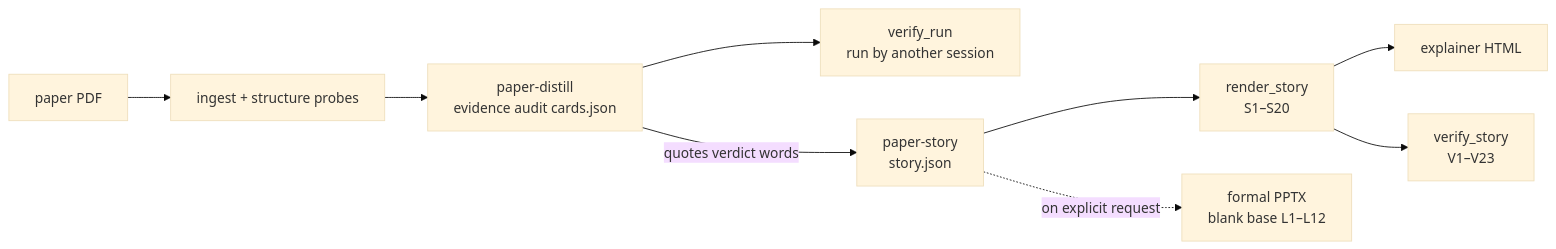
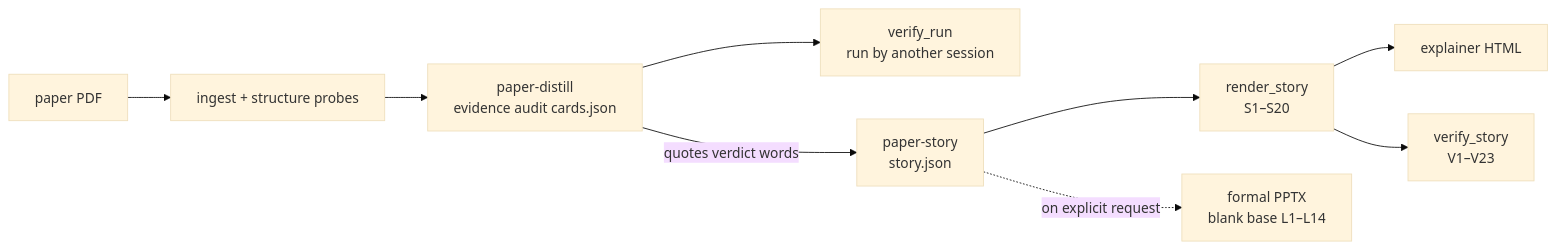
The diagram in README.en.md (WizerdBaChe/paper-survey-kit), drawn with Mermaid (base theme) before and after one commit. The commit also changed other lines of this file and 10 other files, not shown here.

````diff
--- a/README.en.md
+++ b/README.en.md
@@ -62,11 +62,11 @@
 ```mermaid
 flowchart LR
   A[paper PDF] --> B[ingest + structure probes]
   B --> C[paper-distill<br/>evidence audit cards.json]
   C --> D[verify_run<br/>run by another session]
   C -- quotes verdict words --> E[paper-story<br/>story.json]
   E --> F[render_story<br/>S1–S20]
   F --> G[explainer HTML]
   F --> H[verify_story<br/>V1–V23]
-  E -. on explicit request .-> I[formal PPTX<br/>blank base L1–L12]
+  E -. on explicit request .-> I[formal PPTX<br/>blank base L1–L14]
 ```
````
